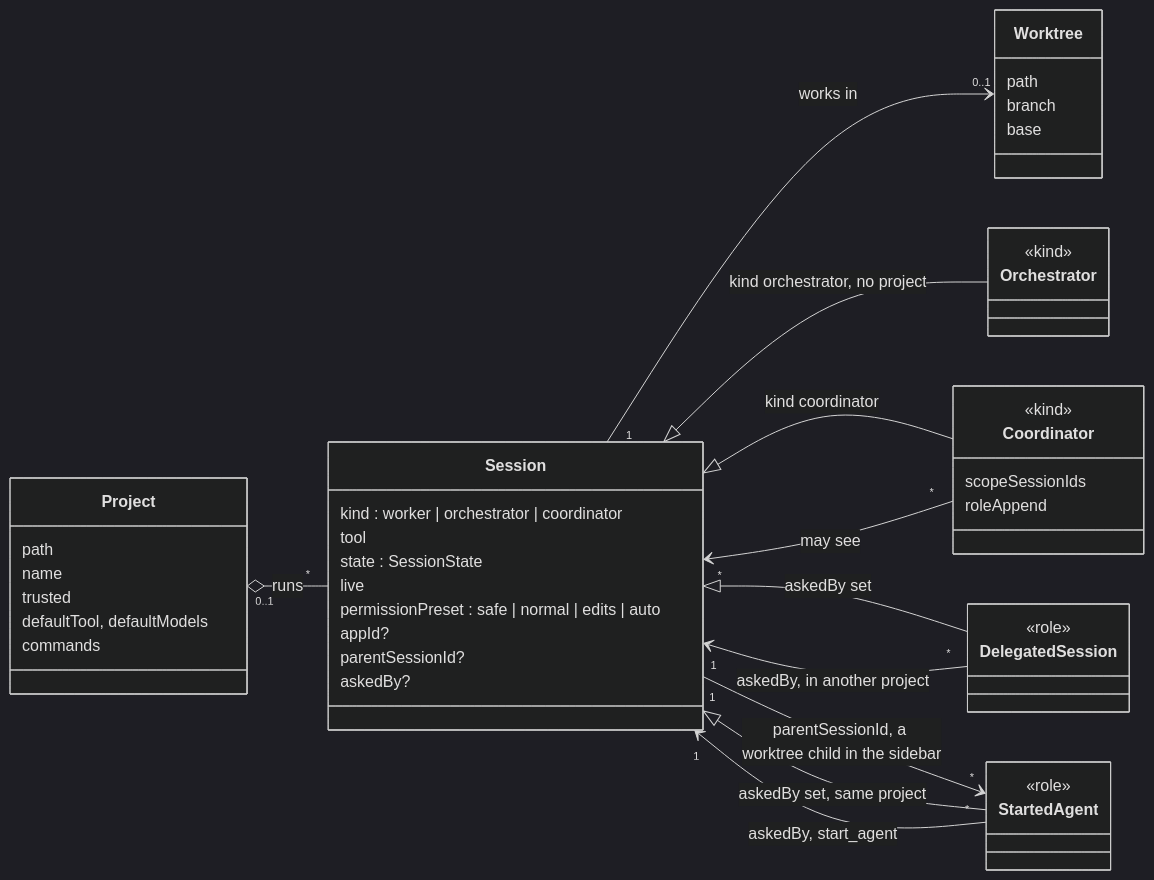
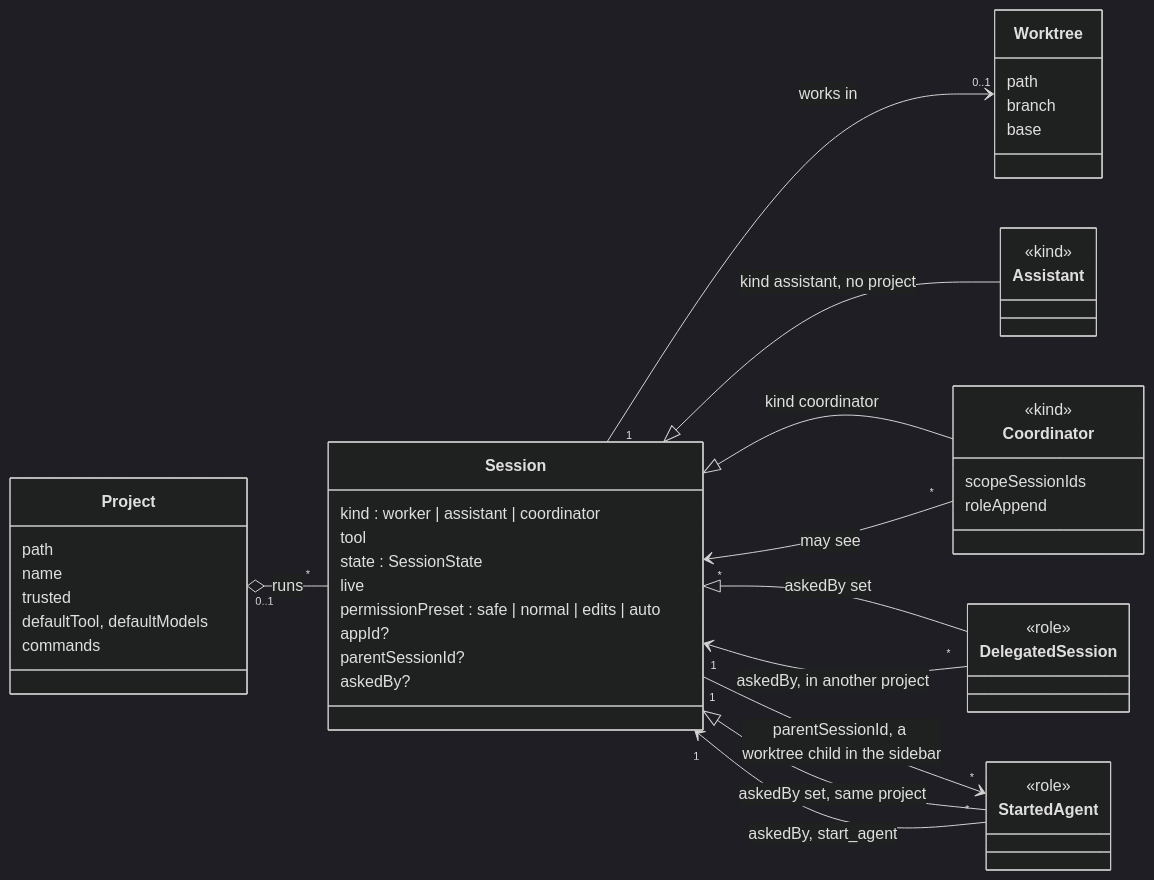
One commit to ijun17/centralu changed the first of 11 diagrams in docs/domain-model.md. Above: the diagram before and after it, drawn with Mermaid (dark theme). The commit also changed other lines of this file and 551 other files, not shown here.

First line of the commit message:
refactor(agent-host): name the orchestrator role Assistant (#2133)

````diff
--- a/docs/domain-model.md
+++ b/docs/domain-model.md
@@ -151,50 +151,50 @@
 ```mermaid
 classDiagram
   direction LR
   class Project {
     path
     name
     trusted
     defaultTool, defaultModels
     commands
   }
   class Session {
-    kind : worker | orchestrator | coordinator
+    kind : worker | assistant | coordinator
     tool
     state : SessionState
     live
     permissionPreset : safe | normal | edits | auto
     appId?
     parentSessionId?
     askedBy?
   }
   class Worktree {
     path
     branch
     base
   }
-  class Orchestrator {
+  class Assistant {
     <<kind>>
   }
   class Coordinator {
     <<kind>>
     scopeSessionIds
     roleAppend
   }
   class DelegatedSession {
     <<role>>
   }
   class StartedAgent {
     <<role>>
   }
   Project "0..1" o-- "*" Session : runs
   Session "1" --> "0..1" Worktree : works in
-  Session <|-- Orchestrator : kind orchestrator, no project
+  Session <|-- Assistant : kind assistant, no project
   Session <|-- Coordinator : kind coordinator
   Session <|-- DelegatedSession : askedBy set
   Session "1" --> "*" StartedAgent : parentSessionId, a worktree child in the sidebar
   DelegatedSession "*" --> "1" Session : askedBy, in another project
   Session <|-- StartedAgent : askedBy set, same project
   StartedAgent "*" --> "1" Session : askedBy, start_agent
   Coordinator "*" --> "*" Session : may see
 ```
````
